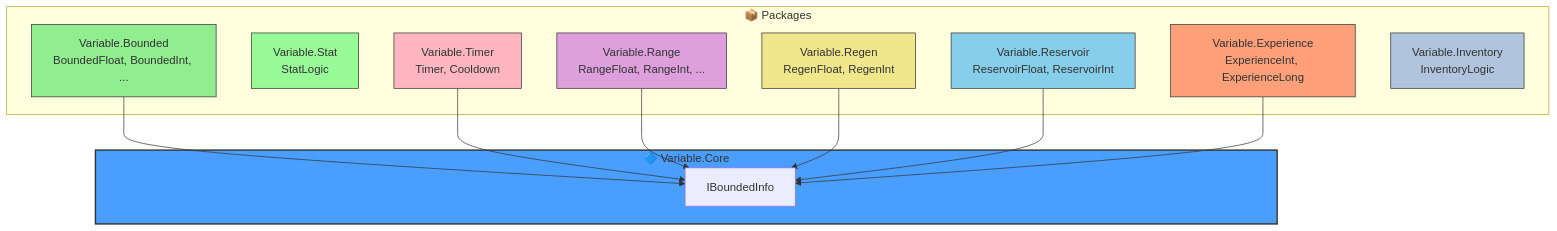
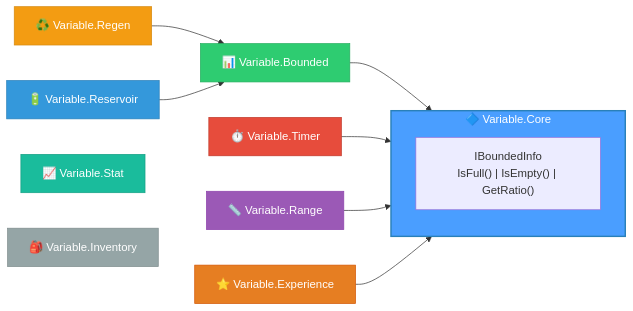
One commit to IAFahim/GameVariable changed the diagram in README.md. Above: the diagram before and after it, drawn with Mermaid. The commit also changed other lines of this file and 41 other files, not shown here.

````diff
--- a/README.md
+++ b/README.md
@@ -25,34 +130,25 @@
 ```mermaid
-graph TD
+graph LR
     subgraph Core["🔷 Variable.Core"]
-        IBoundedInfo[IBoundedInfo]
+        IBoundedInfo["IBoundedInfo<br/>IsFull() | IsEmpty() | GetRatio()"]
     end
-
-    subgraph Packages["📦 Packages"]
-        Bounded["Variable.Bounded<br/>BoundedFloat, BoundedInt, ..."]
-        Stat["Variable.Stat<br/>StatLogic"]
-        Timer["Variable.Timer<br/>Timer, Cooldown"]
-        Range["Variable.Range<br/>RangeFloat, RangeInt, ..."]
-        Regen["Variable.Regen<br/>RegenFloat, RegenInt"]
-        Reservoir["Variable.Reservoir<br/>ReservoirFloat, ReservoirInt"]
-        Experience["Variable.Experience<br/>ExperienceInt, ExperienceLong"]
-        Inventory["Variable.Inventory<br/>InventoryLogic"]
-    end
-
-    Bounded --> IBoundedInfo
-    Timer --> IBoundedInfo
-    Range --> IBoundedInfo
-    Regen --> IBoundedInfo
-    Reservoir --> IBoundedInfo
-    Experience --> IBoundedInfo
-
-    style Core fill:#4a9eff,stroke:#333,stroke-width:2px
-    style Bounded fill:#90EE90,stroke:#333
-    style Timer fill:#FFB6C1,stroke:#333
-    style Range fill:#DDA0DD,stroke:#333
-    style Regen fill:#F0E68C,stroke:#333
-    style Reservoir fill:#87CEEB,stroke:#333
-    style Experience fill:#FFA07A,stroke:#333
-    style Stat fill:#98FB98,stroke:#333
-    style Inventory fill:#B0C4DE,stroke:#333
+    
+    Bounded["📊 Variable.Bounded"] --> Core
+    Timer["⏱️ Variable.Timer"] --> Core
+    Range["📏 Variable.Range"] --> Core
+    Regen["♻️ Variable.Regen"] --> Bounded
+    Reservoir["🔋 Variable.Reservoir"] --> Bounded
+    Experience["⭐ Variable.Experience"] --> Core
+    Stat["📈 Variable.Stat"]
+    Inventory["🎒 Variable.Inventory"]
+    
+    style Core fill:#4a9eff,stroke:#2980b9,stroke-width:2px,color:#fff
+    style Bounded fill:#2ecc71,stroke:#27ae60,color:#fff
+    style Timer fill:#e74c3c,stroke:#c0392b,color:#fff
+    style Range fill:#9b59b6,stroke:#8e44ad,color:#fff
+    style Regen fill:#f39c12,stroke:#d68910,color:#fff
+    style Reservoir fill:#3498db,stroke:#2980b9,color:#fff
+    style Experience fill:#e67e22,stroke:#d35400,color:#fff
+    style Stat fill:#1abc9c,stroke:#16a085,color:#fff
+    style Inventory fill:#95a5a6,stroke:#7f8c8d,color:#fff
 ```
````
